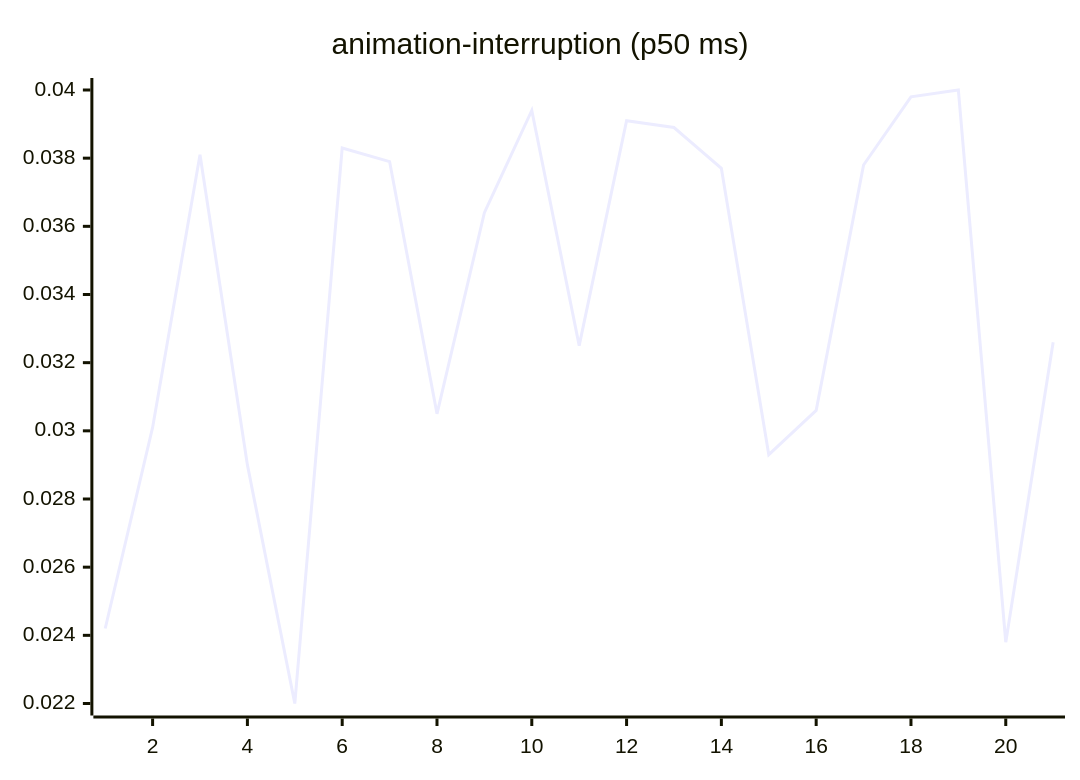
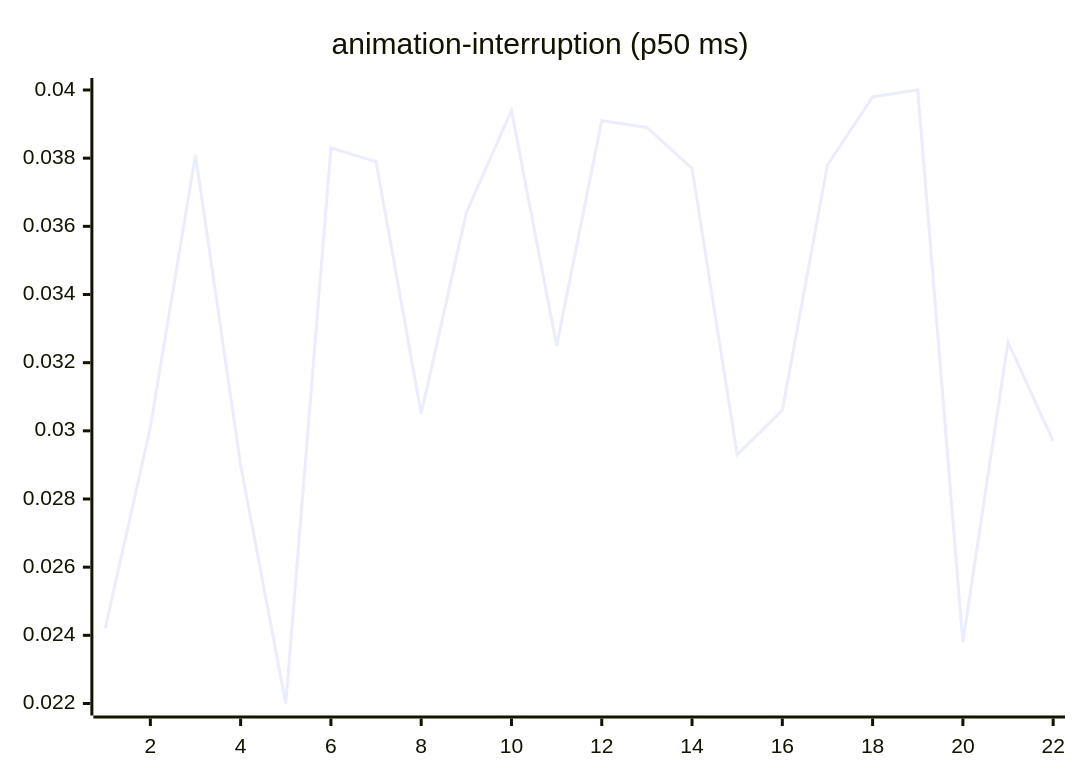
One commit to josha/Facet changed the third of 27 diagrams in README.md. Above: the diagram before and after it, drawn with Mermaid. The commit also changed other lines of this file and 2 other files, not shown here.

````diff
--- a/README.md
+++ b/README.md
@@ -77,6 +77,6 @@
 ```mermaid
 xychart-beta
     title "animation-interruption (p50 ms)"
-    x-axis 1 --> 21
-    line [0.0242, 0.0301, 0.0381, 0.0290, 0.0220, 0.0383, 0.0379, 0.0305, 0.0364, 0.0394, 0.0325, 0.0391, 0.0389, 0.0377, 0.0293, 0.0306, 0.0378, 0.0398, 0.0400, 0.0238, 0.0326]
+    x-axis 1 --> 22
+    line [0.0242, 0.0301, 0.0381, 0.0290, 0.0220, 0.0383, 0.0379, 0.0305, 0.0364, 0.0394, 0.0325, 0.0391, 0.0389, 0.0377, 0.0293, 0.0306, 0.0378, 0.0398, 0.0400, 0.0238, 0.0326, 0.0297]
 ```
````
